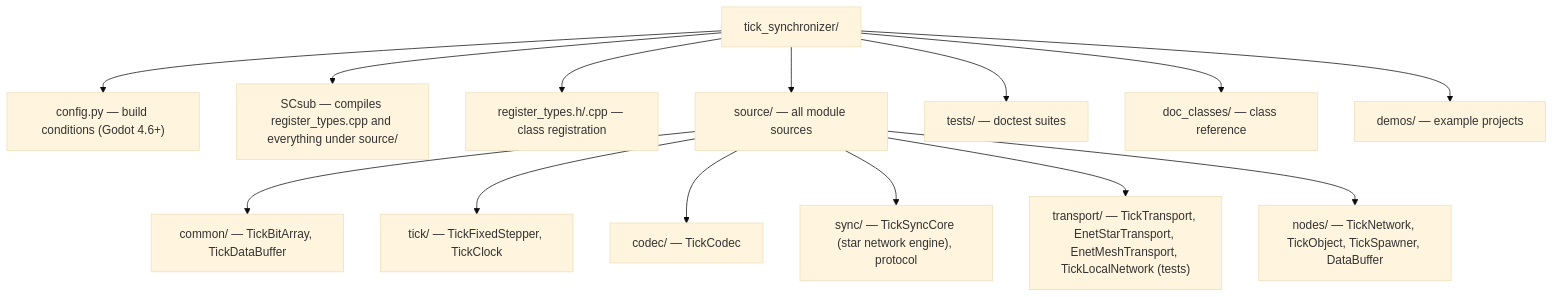
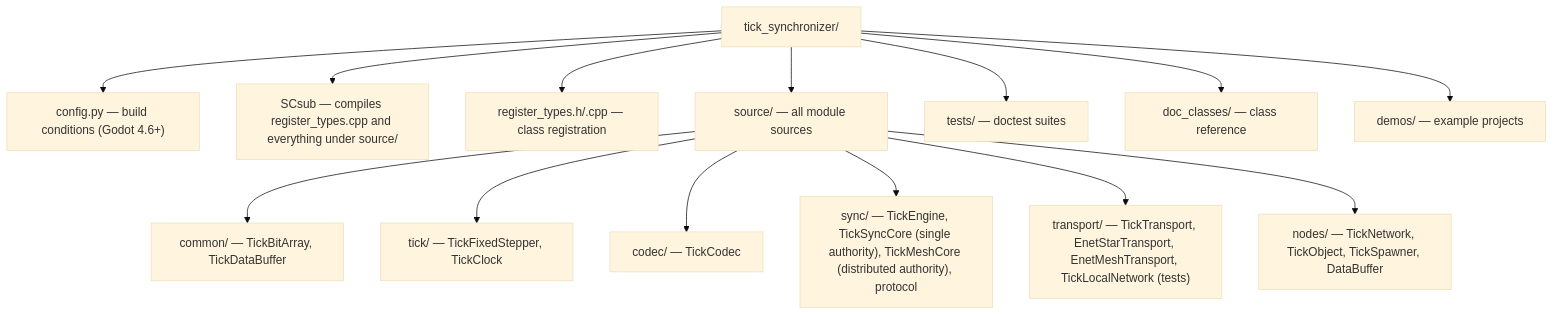
Before and after one commit to Malkverbena/TickSynchronizer: the second of 2 diagrams in README.md, drawn with Mermaid (base theme). The commit also changed other lines of this file and 22 other files, not shown here.

First line of the commit message:
Complete F5: distributed, transferable authority per object

````diff
--- a/README.md
+++ b/README.md
@@ -174,16 +191,16 @@
 ```mermaid
 flowchart TB
     m["tick_synchronizer/"] --> cfg["config.py — build conditions (Godot 4.6+)"]
     m --> scsub["SCsub — compiles register_types.cpp and everything under source/"]
     m --> reg["register_types.h/.cpp — class registration"]
     m --> src["source/ — all module sources"]
     src --> common["common/ — TickBitArray, TickDataBuffer"]
     src --> tick["tick/ — TickFixedStepper, TickClock"]
     src --> codec["codec/ — TickCodec"]
-    src --> sync["sync/ — TickSyncCore (star network engine), protocol"]
+    src --> sync["sync/ — TickEngine, TickSyncCore (single authority), TickMeshCore (distributed authority), protocol"]
     src --> transport["transport/ — TickTransport, EnetStarTransport, EnetMeshTransport, TickLocalNetwork (tests)"]
     src --> nodes["nodes/ — TickNetwork, TickObject, TickSpawner, DataBuffer"]
     m --> tests["tests/ — doctest suites"]
     m --> docs["doc_classes/ — class reference"]
     m --> demos["demos/ — example projects"]
 ```
````
